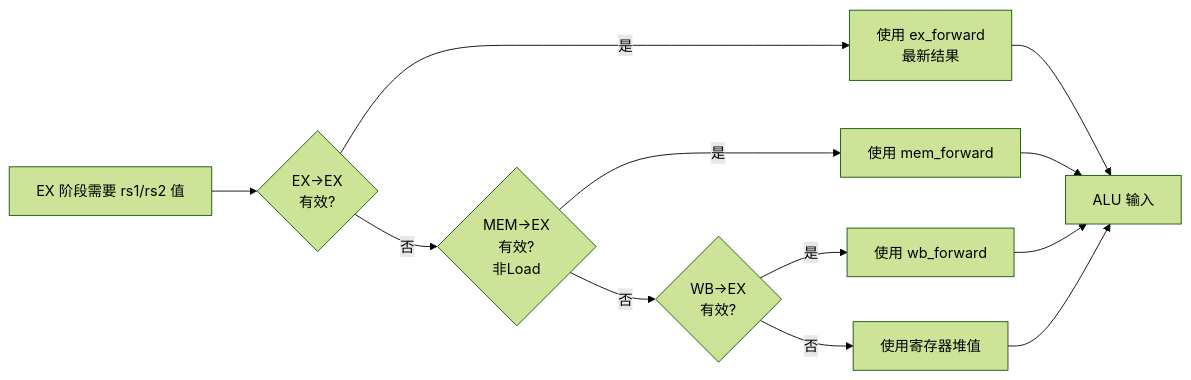
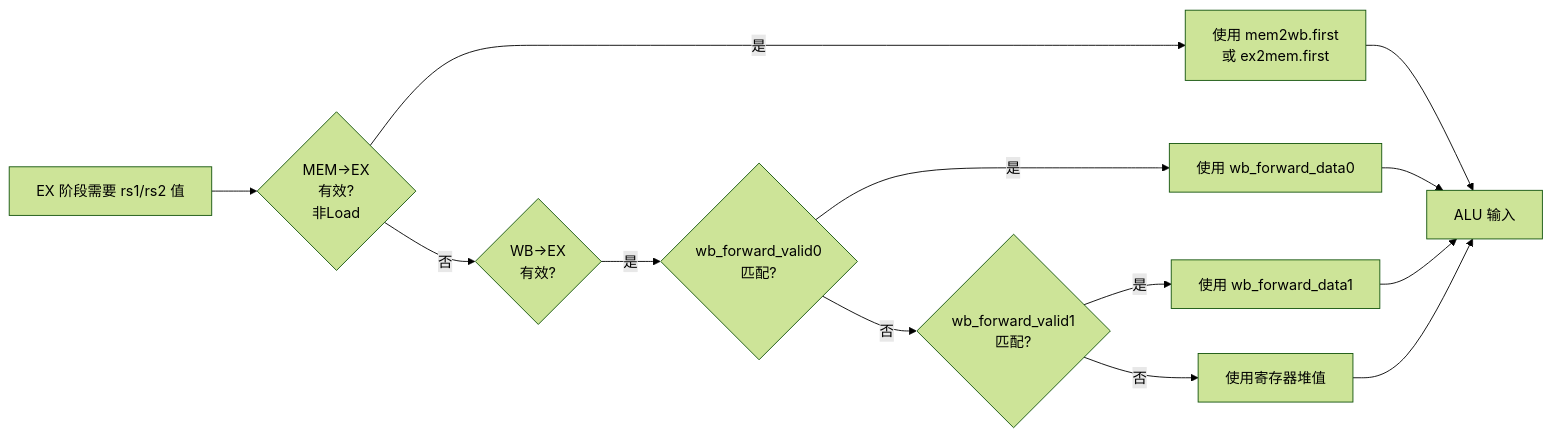
Before and after one commit to daivy2333/riscv-bsv-processor: the second of 5 diagrams in docs/data-forwarding.md, drawn with Mermaid (forest theme). The commit also changed other lines of this file and 6 other files, not shown here.

````diff
--- a/docs/data-forwarding.md
+++ b/docs/data-forwarding.md
@@ -40,15 +39,16 @@
 ```mermaid
 flowchart LR
-    Start[EX 阶段需要 rs1/rs2 值] --> CheckEX{EX→EX<br/>有效?}
-    CheckEX -->|是| UseEX[使用 ex_forward<br/>最新结果]
-    CheckEX -->|否| CheckMEM{MEM→EX<br/>有效?<br/>非Load}
-    CheckMEM -->|是| UseMEM[使用 mem_forward]
+    Start[EX 阶段需要 rs1/rs2 值] --> CheckMEM{MEM→EX<br/>有效?<br/>非Load}
+    CheckMEM -->|是| UseMEM[使用 mem2wb.first<br/>或 ex2mem.first]
     CheckMEM -->|否| CheckWB{WB→EX<br/>有效?}
-    CheckWB -->|是| UseWB[使用 wb_forward]
-    CheckWB -->|否| UseReg[使用寄存器堆值]
+    CheckWB -->|是| CheckWB0{wb_forward_valid0<br/>匹配?}
+    CheckWB0 -->|是| UseWB0[使用 wb_forward_data0]
+    CheckWB0 -->|否| CheckWB1{wb_forward_valid1<br/>匹配?}
+    CheckWB1 -->|是| UseWB1[使用 wb_forward_data1]
+    CheckWB1 -->|否| UseReg[使用寄存器堆值]
 
-    UseEX --> Done[ALU 输入]
-    UseMEM --> Done
-    UseWB --> Done
+    UseMEM --> Done[ALU 输入]
+    UseWB0 --> Done
+    UseWB1 --> Done
     UseReg --> Done
 ```
````
